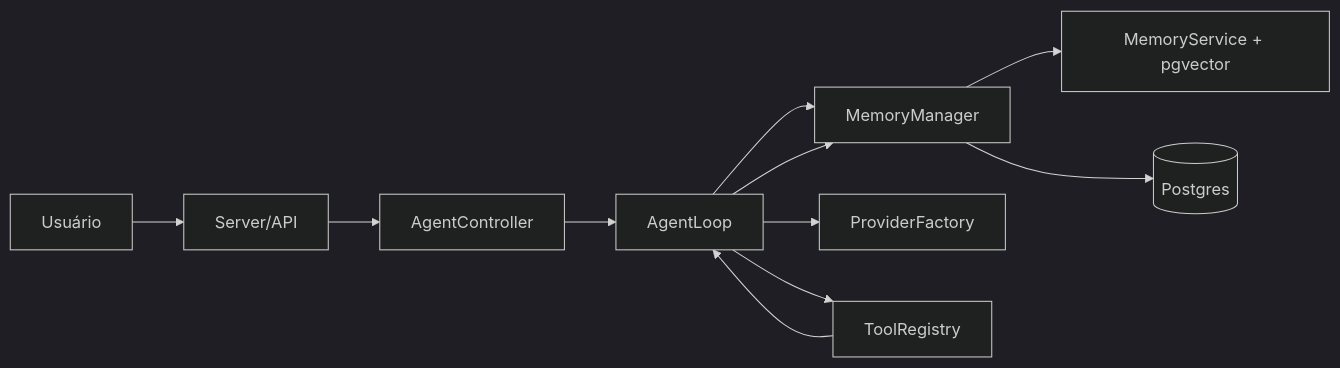
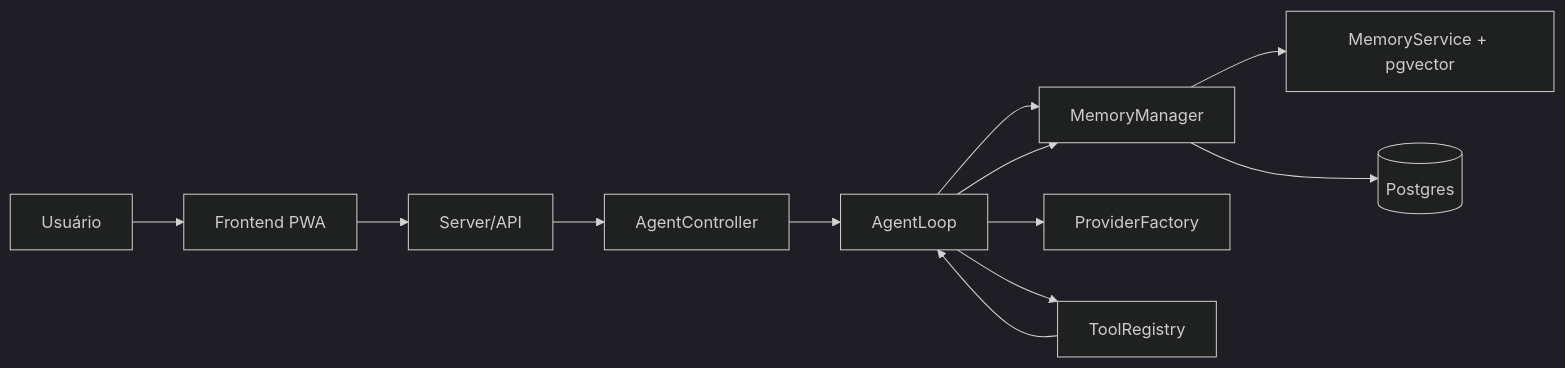
Before and after one commit to asouza-boop/AndClaw: the diagram in specs/architecture.md, drawn with Mermaid (dark theme). The commit also changed other lines of this file and 7 other files, not shown here.

````diff
--- a/specs/architecture.md
+++ b/specs/architecture.md
@@ -83,13 +83,14 @@
 ```mermaid
 flowchart LR
-  U[Usuário] --> S[Server/API]
+  U[Usuário] --> F[Frontend PWA]
+  F --> S[Server/API]
   S --> C[AgentController]
   C --> L[AgentLoop]
   L --> M[MemoryManager]
   M --> V[MemoryService + pgvector]
   L --> P[ProviderFactory]
   L --> T[ToolRegistry]
   T --> L
   L --> M
   M --> DB[(Postgres)]
 ```
````
